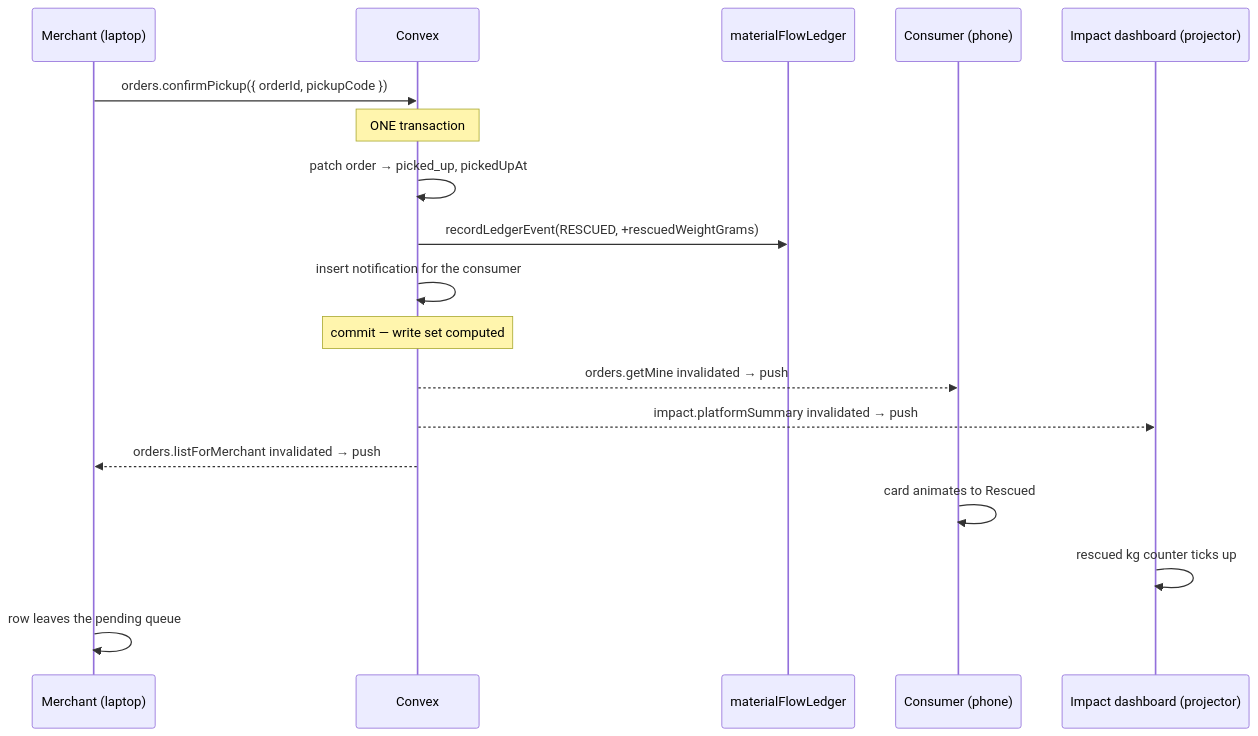
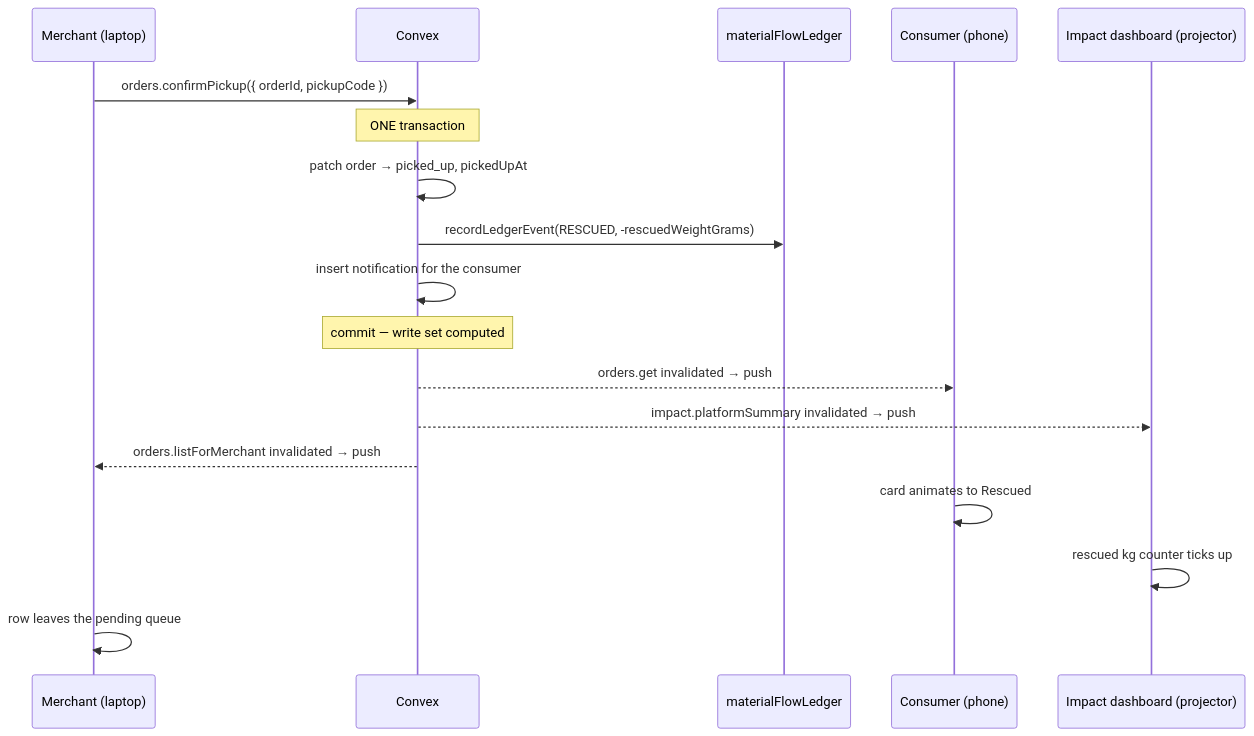
Before and after one commit to 201dev/cirquo: the third of 3 diagrams in docs/architecture/REALTIME.md, drawn with Mermaid. The commit also changed other lines of this file and 43 other files, not shown here.

````diff
--- a/docs/architecture/REALTIME.md
+++ b/docs/architecture/REALTIME.md
@@ -401,21 +404,21 @@
 ```mermaid
 sequenceDiagram
   participant M as Merchant (laptop)
   participant CX as Convex
   participant L as materialFlowLedger
   participant P as Consumer (phone)
   participant I as Impact dashboard (projector)
 
   M->>CX: orders.confirmPickup({ orderId, pickupCode })
   Note over CX: ONE transaction
   CX->>CX: patch order → picked_up, pickedUpAt
-  CX->>L: recordLedgerEvent(RESCUED, +rescuedWeightGrams)
+  CX->>L: recordLedgerEvent(RESCUED, -rescuedWeightGrams)
   CX->>CX: insert notification for the consumer
   Note over CX: commit — write set computed
-  CX-->>P: orders.getMine invalidated → push
+  CX-->>P: orders.get invalidated → push
   CX-->>I: impact.platformSummary invalidated → push
   CX-->>M: orders.listForMerchant invalidated → push
   P->>P: card animates to Rescued
   I->>I: rescued kg counter ticks up
   M->>M: row leaves the pending queue
 ```
````
